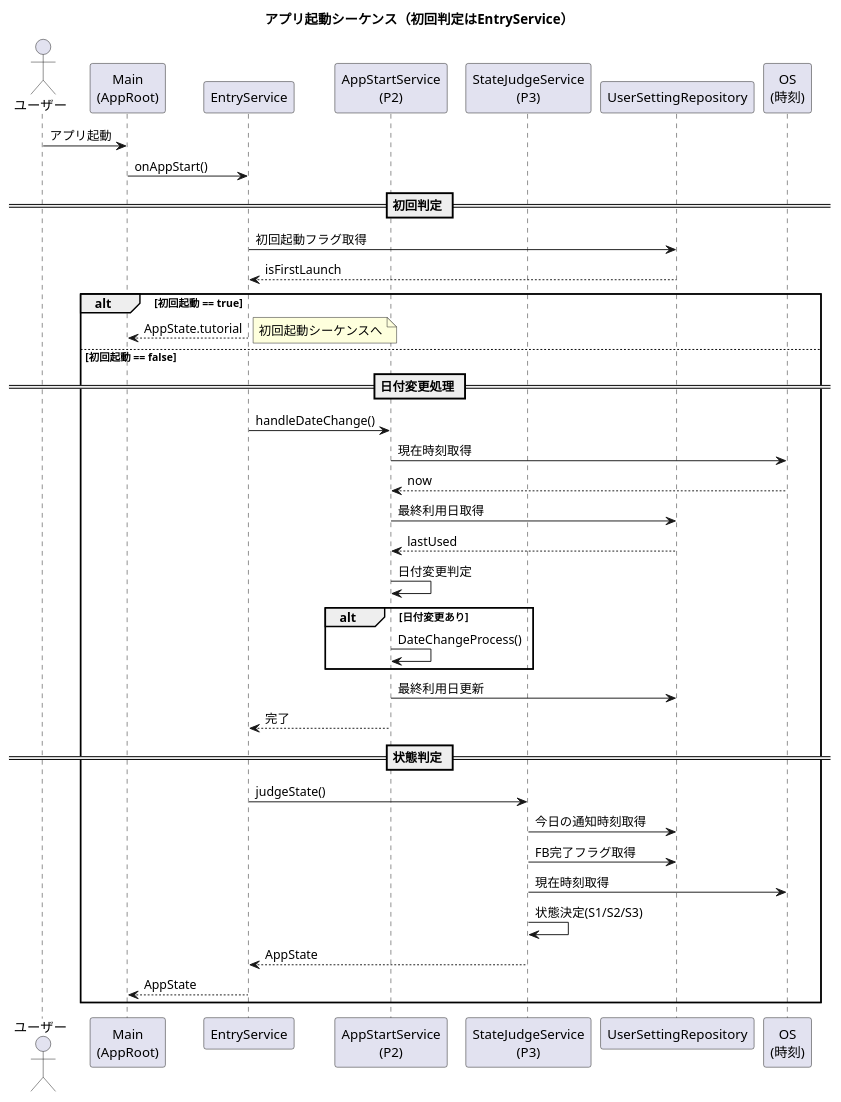
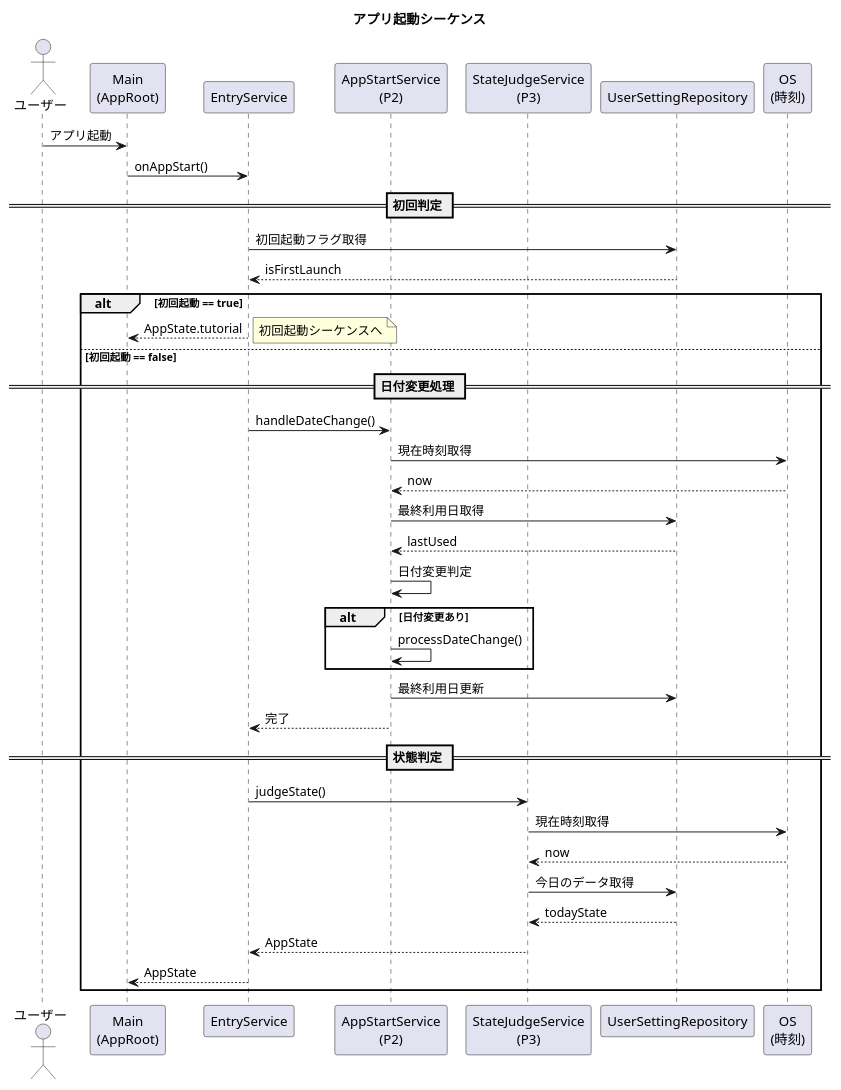
One commit to akamatrixxx/justtime changed the diagram in assets/specifications/詳細設計/シーケンス図/01_アプリ起動時シーケンス.pu. Above: the diagram before and after it, drawn with PlantUML. The commit also changed 3 other files, not shown here.

Commit message:
シーケンス図の修正

```diff
--- a/assets/specifications/詳細設計/シーケンス図/01_アプリ起動時シーケンス.pu
+++ b/assets/specifications/詳細設計/シーケンス図/01_アプリ起動時シーケンス.pu
@@ -1,60 +1,60 @@
 @startuml
-title アプリ起動シーケンス（初回判定はEntryService）
+title アプリ起動シーケンス
 
 actor ユーザー
 participant "Main\n(AppRoot)" as Main
 participant "EntryService" as Entry
 
 participant "AppStartService\n(P2)" as P2
 participant "StateJudgeService\n(P3)" as P3
 participant "UserSettingRepository" as UserRepo
 participant "OS\n(時刻)" as OS_Time
 
 ユーザー -> Main : アプリ起動
 Main -> Entry : onAppStart()
 
 == 初回判定 ==
 
 Entry -> UserRepo : 初回起動フラグ取得
 UserRepo --> Entry : isFirstLaunch
 
 alt 初回起動 == true
     Entry --> Main : AppState.tutorial
     note right
     初回起動シーケンスへ
     end note
 else 初回起動 == false
 
     == 日付変更処理 ==
 
     Entry -> P2 : handleDateChange()
 
     P2 -> OS_Time : 現在時刻取得
     OS_Time --> P2 : now
 
     P2 -> UserRepo : 最終利用日取得
     UserRepo --> P2 : lastUsed
 
     P2 -> P2 : 日付変更判定
 
     alt 日付変更あり
-        P2 -> P2 : DateChangeProcess()
+        P2 -> P2 : processDateChange()
     end
 
     P2 -> UserRepo : 最終利用日更新
     P2 --> Entry : 完了
 
     == 状態判定 ==
 
     Entry -> P3 : judgeState()
 
-    P3 -> UserRepo : 今日の通知時刻取得
-    P3 -> UserRepo : FB完了フラグ取得
     P3 -> OS_Time : 現在時刻取得
-    P3 -> P3 : 状態決定(S1/S2/S3)
-
+    OS_Time --> P3 : now
+    P3 -> UserRepo : 今日のデータ取得
+    UserRepo --> P3 : todayState
+    
     P3 --> Entry : AppState
     Entry --> Main : AppState
 end
 
 @enduml
```
